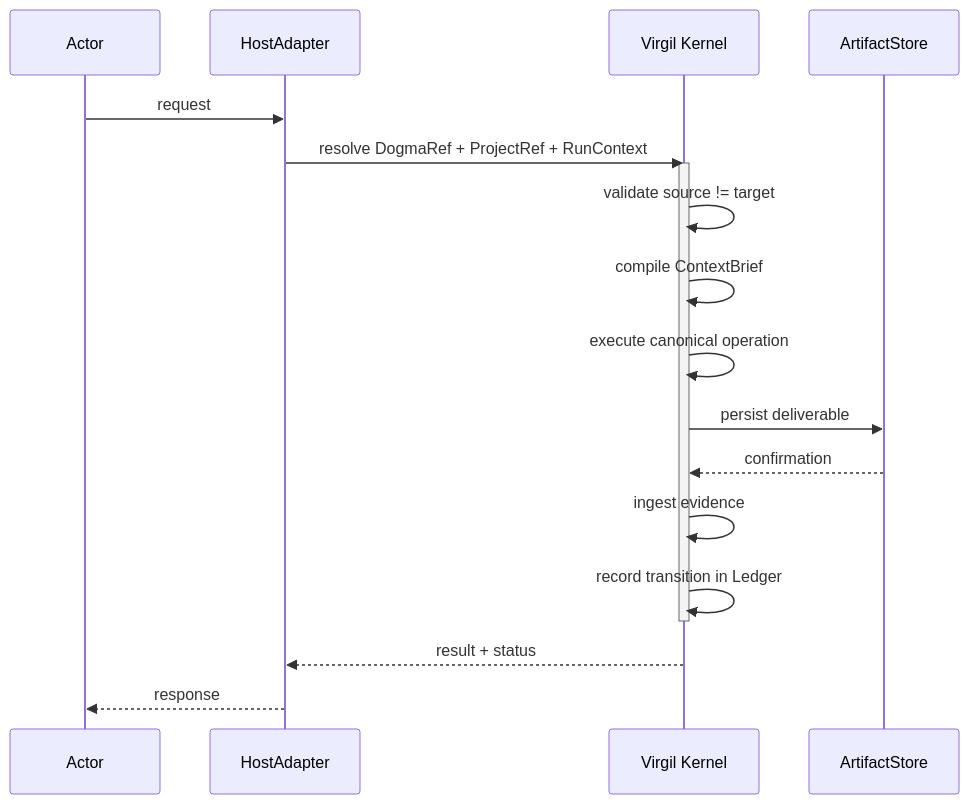
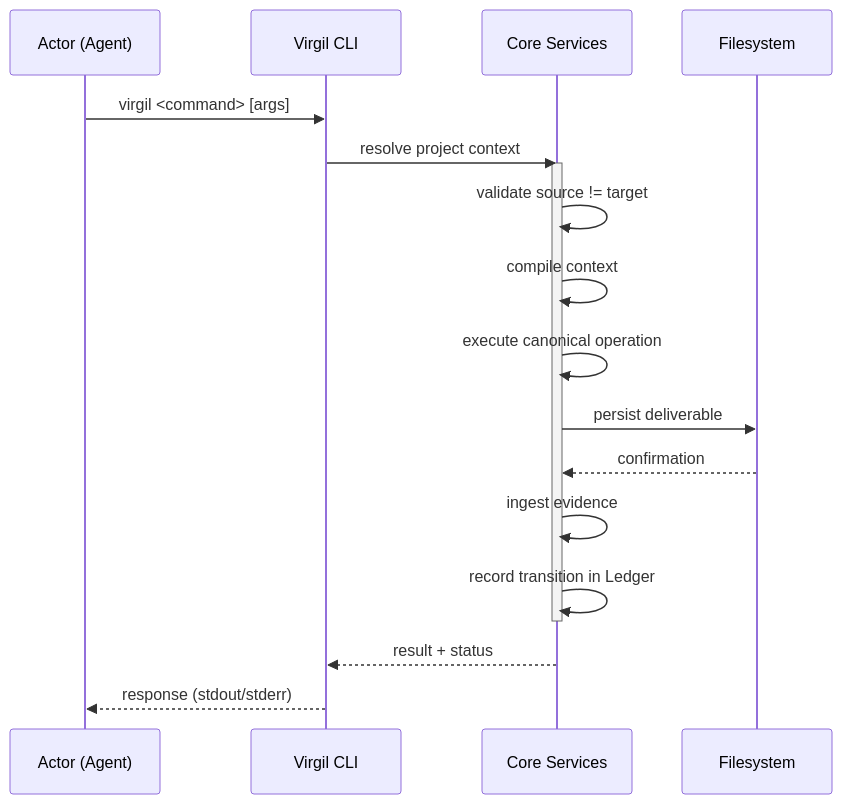
The fifth of 48 diagrams in docs/reference/principia/constitution.md (virgenherrera/virgil), drawn with Mermaid before and after one commit. The commit also changed other lines of this file and 3 other files, not shown here.

First line of the commit message:
docs: constitutional amendment — CLI architecture alignment

````diff
--- a/docs/reference/principia/constitution.md
+++ b/docs/reference/principia/constitution.md
@@ -316,23 +326,23 @@
 ```mermaid
 sequenceDiagram
-    participant ACT as Actor
-    participant HA as HostAdapter
-    participant VK as Virgil Kernel
-    participant SA as ArtifactStore
+    participant ACT as Actor (Agent)
+    participant CLI as Virgil CLI
+    participant CORE as Core Services
+    participant FS as Filesystem
 
-    ACT->>HA: request
-    HA->>VK: resolve DogmaRef + ProjectRef + RunContext
+    ACT->>CLI: virgil <command> [args]
+    CLI->>CORE: resolve project context
 
-    activate VK
-    VK->>VK: validate source != target
-    VK->>VK: compile ContextBrief
-    VK->>VK: execute canonical operation
-    VK->>SA: persist deliverable
-    SA-->>VK: confirmation
-    VK->>VK: ingest evidence
-    VK->>VK: record transition in Ledger
-    deactivate VK
+    activate CORE
+    CORE->>CORE: validate source != target
+    CORE->>CORE: compile context
+    CORE->>CORE: execute canonical operation
+    CORE->>FS: persist deliverable
+    FS-->>CORE: confirmation
+    CORE->>CORE: ingest evidence
+    CORE->>CORE: record transition in Ledger
+    deactivate CORE
 
-    VK-->>HA: result + status
-    HA-->>ACT: response
+    CORE-->>CLI: result + status
+    CLI-->>ACT: response (stdout/stderr)
 ```
````
